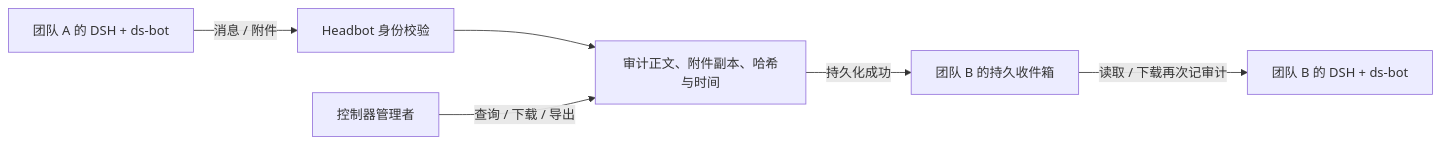
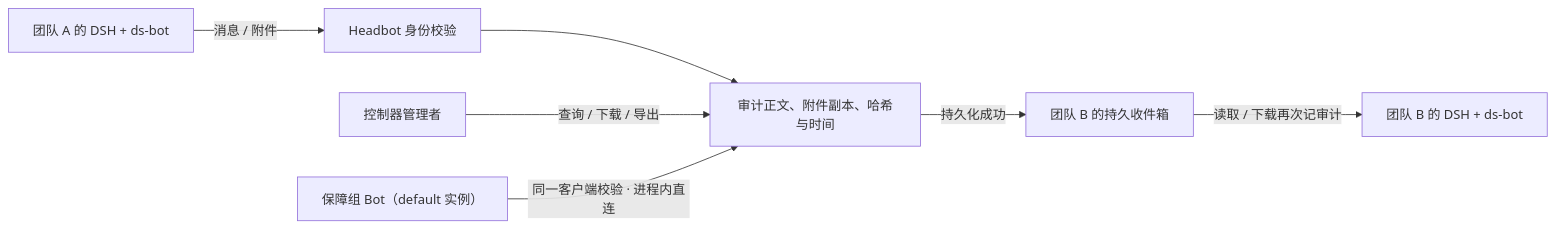
Before and after one commit to idaydayup2023/ds-headbot: the diagram in docs/communication-protocol.md, drawn with Mermaid. The commit also changed other lines of this file and 6 other files, not shown here.

````diff
--- a/docs/communication-protocol.md
+++ b/docs/communication-protocol.md
@@ -5,8 +5,9 @@
 ```mermaid
 flowchart LR
   A[团队 A 的 DSH + ds-bot] -->|消息 / 附件| B[Headbot 身份校验]
   B --> C[审计正文、附件副本、哈希与时间]
   C -->|持久化成功| D[团队 B 的持久收件箱]
   D -->|读取 / 下载再次记审计| E[团队 B 的 DSH + ds-bot]
   R[控制器管理者] -->|查询 / 下载 / 导出| C
+  P[保障组 Bot（default 实例）] -->|同一客户端校验 · 进程内直连| C
 ```
````
